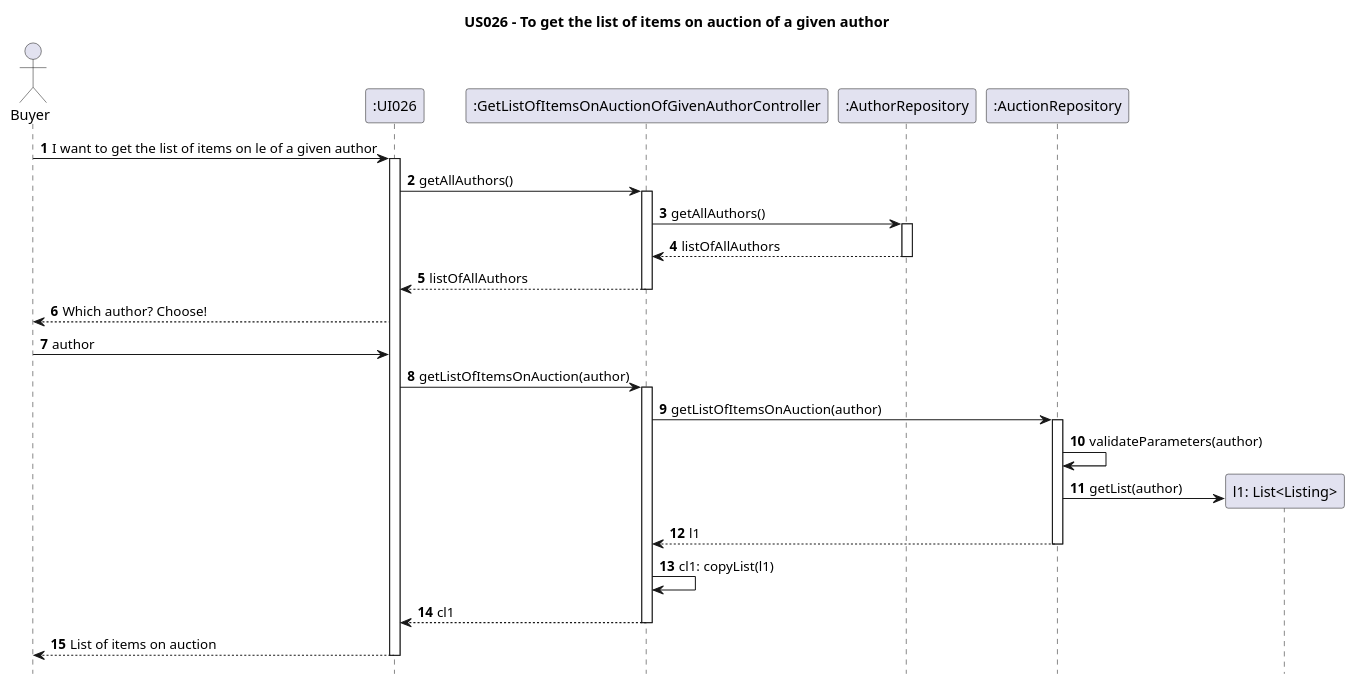
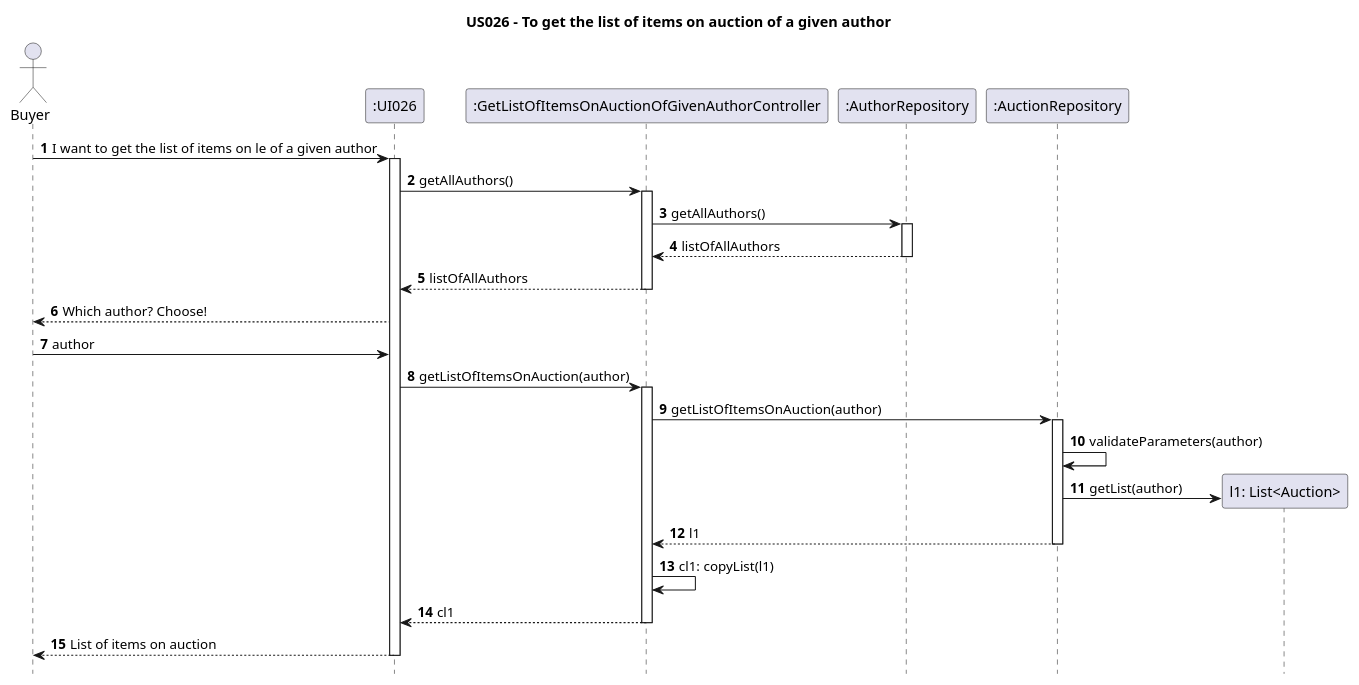
One commit to AndrePereiraGitH/SWitCH-Project-Team_A changed the diagram in Diagrams/SequenceDiagrams/N2/US026-to-get-the-list-of-items-on-auction-of-a-given-author.puml. Above: the diagram before and after it, drawn with PlantUML. The commit also changed 3 other files, not shown here.

```diff
--- a/Diagrams/SequenceDiagrams/N2/US026-to-get-the-list-of-items-on-auction-of-a-given-author.puml
+++ b/Diagrams/SequenceDiagrams/N2/US026-to-get-the-list-of-items-on-auction-of-a-given-author.puml
@@ -1,52 +1,52 @@
 @startuml
 
 hide footbox
 autonumber
 title US026 - To get the list of items on auction of a given author
 
 actor Buyer
 participant ":UI026" as UI026
 
 participant ":GetListOfItemsOnAuctionOfGivenAuthorController" as GetListOfItemsOnAuctionOfGivenAuthorController
 
 participant ":AuthorRepository" as AuthorRepository
 
 participant ":AuctionRepository" as AuctionRepository
 
 Buyer -> UI026 : I want to get the list of items on le of a given author
 activate UI026
 UI026 -> GetListOfItemsOnAuctionOfGivenAuthorController : getAllAuthors()
 activate GetListOfItemsOnAuctionOfGivenAuthorController
 GetListOfItemsOnAuctionOfGivenAuthorController -> AuthorRepository: getAllAuthors()
 activate AuthorRepository
 AuthorRepository --> GetListOfItemsOnAuctionOfGivenAuthorController: listOfAllAuthors
 deactivate AuthorRepository
 GetListOfItemsOnAuctionOfGivenAuthorController --> UI026 : listOfAllAuthors
 deactivate GetListOfItemsOnAuctionOfGivenAuthorController
 Buyer <-- UI026 : Which author? Choose!
 Buyer -> UI026 : author
 
 UI026 -> GetListOfItemsOnAuctionOfGivenAuthorController : getListOfItemsOnAuction(author)
 activate GetListOfItemsOnAuctionOfGivenAuthorController
 
 GetListOfItemsOnAuctionOfGivenAuthorController -> AuctionRepository : getListOfItemsOnAuction(author)
 activate AuctionRepository
 
 
 AuctionRepository -> AuctionRepository : validateParameters(author)
 
-create "l1: List<Listing>" as Listing
-AuctionRepository -> Listing : getList(author)
+create "l1: List<Auction>" as ListOfAuction
+AuctionRepository -> ListOfAuction : getList(author)
 
 AuctionRepository --> GetListOfItemsOnAuctionOfGivenAuthorController : l1
 deactivate AuctionRepository
 
 GetListOfItemsOnAuctionOfGivenAuthorController -> GetListOfItemsOnAuctionOfGivenAuthorController : cl1: copyList(l1)
 
 GetListOfItemsOnAuctionOfGivenAuthorController --> UI026 : cl1
 deactivate GetListOfItemsOnAuctionOfGivenAuthorController
 
 UI026 --> Buyer : List of items on auction
 deactivate UI026
 
 @enduml
```
